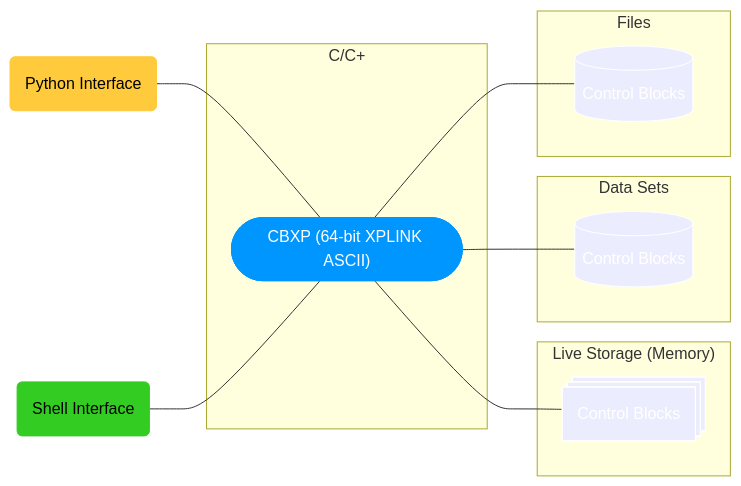
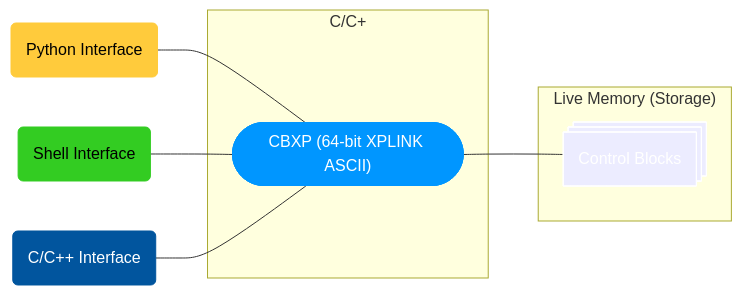
One commit to ambitus/cbxp changed the diagram in index.md. Above: the diagram before and after it, drawn with Mermaid. The commit also changed other lines of this file and 9 other files, not shown here.

```diff
--- a/index.md
+++ b/index.md
@@ -64,23 +60,17 @@
 <pre class="mermaid">
   flowchart LR
     python(Python Interface) ---CBXP
     style python fill:#ffcb3c,color:#000,stroke:#ffcb3c
     shell(Shell Interface) ---CBXP
     style shell fill:#33cc22,color:#000,stroke:#33cc22
+    C(C/C++ Interface) ---CBXP
+    style C fill:#01559e,color:#fff,stroke:#01559e
     subgraph C/C+
         CBXP(["CBXP (64-bit XPLINK ASCII)"])
         style CBXP fill:#0096ff,color:#fff,stroke:#0096ff
     end
-    subgraph "Live Storage (Memory)"
+    subgraph "Live Memory (Storage)"
         CBXP--- control_blocks_storage@{ shape: procs, label: "Control Blocks"}
         style control_blocks_storage color:#fff,stroke:#fff
     end
-    subgraph "Data Sets"
-        CBXP--- control_blocks_data_set[("Control Blocks")]
-        style control_blocks_data_set color:#fff,stroke:#fff
-    end
-    subgraph "Files"
-        CBXP--- control_blocks_file[("Control Blocks")]
-        style control_blocks_file color:#fff,stroke:#fff
-    end
 </pre>
```
